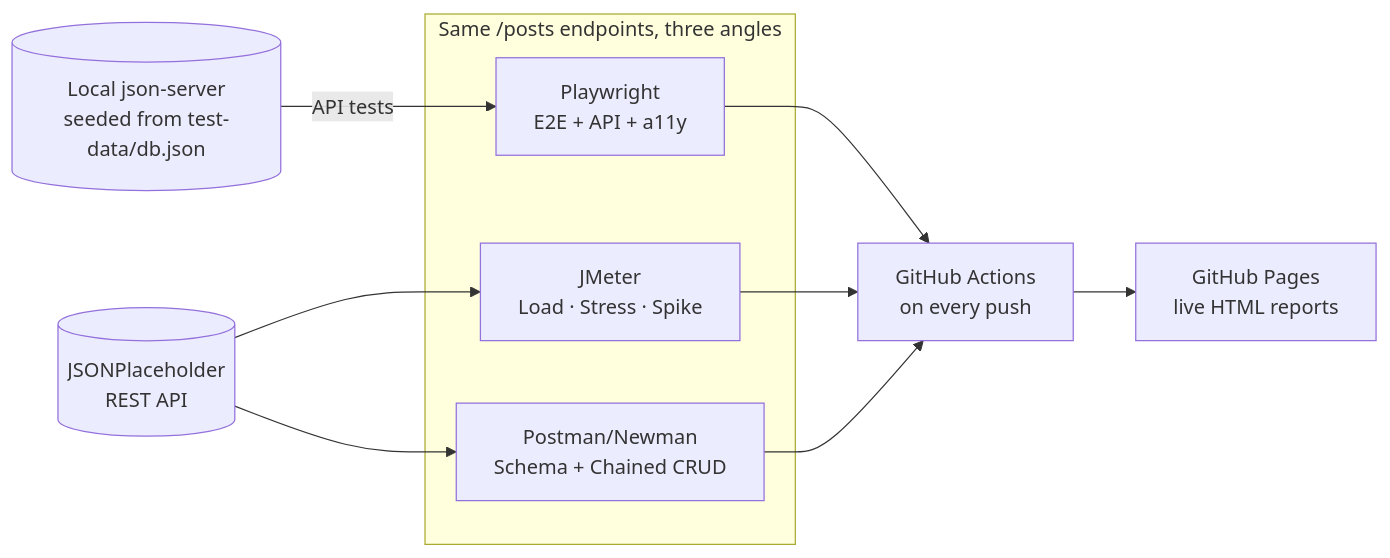
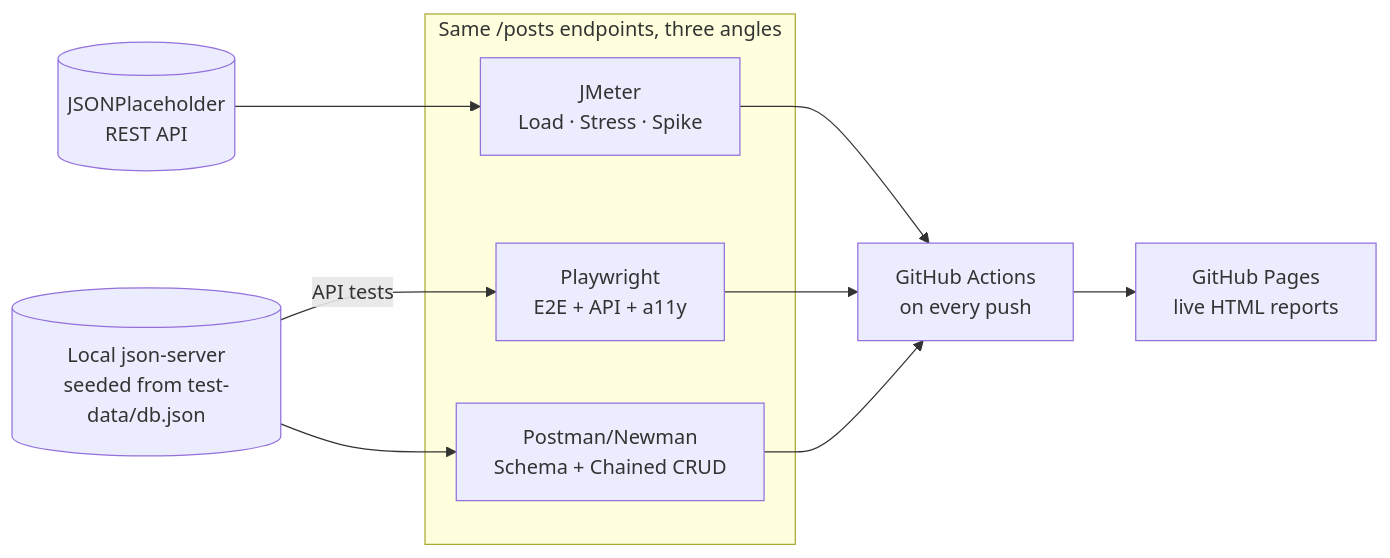
Before and after one commit to Gikza/qa-automation-portfolio: the diagram in README.md, drawn with Mermaid. The commit also changed other lines of this file and 6 other files, not shown here.

````diff
--- a/README.md
+++ b/README.md
@@ -20,22 +20,22 @@
 ```mermaid
 flowchart LR
     API[("JSONPlaceholder<br/>REST API")]
     LOCAL[("Local json-server<br/>seeded from test-data/db.json")]
 
     subgraph Suites["Same /posts endpoints, three angles"]
         PW["Playwright<br/>E2E + API + a11y"]
         JM["JMeter<br/>Load · Stress · Spike"]
         PM["Postman/Newman<br/>Schema + Chained CRUD"]
     end
 
     CI["GitHub Actions<br/>on every push"]
     Pages["GitHub Pages<br/>live HTML reports"]
 
     LOCAL -- API tests --> PW
+    LOCAL --> PM
     API --> JM
-    API --> PM
     PW --> CI
     JM --> CI
     PM --> CI
     CI --> Pages
 ```
````
